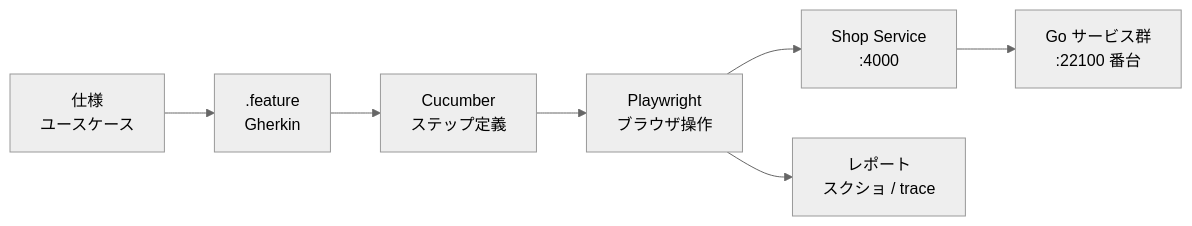
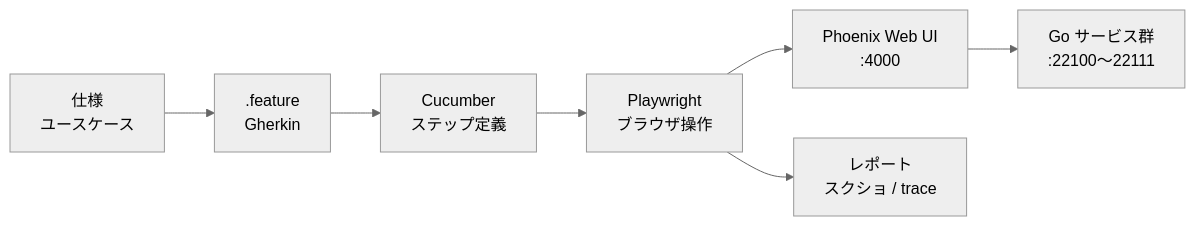
One commit to makoto-developer/gherkin-cucumber-playwright-app changed the diagram in README.md. Above: the diagram before and after it, drawn with Mermaid (neutral theme). The commit also changed other lines of this file and 1 other file, not shown here.

````diff
--- a/README.md
+++ b/README.md
@@ -121,9 +121,9 @@
 ```mermaid
 flowchart LR
     S["仕様<br/>ユースケース"] --> F[".feature<br/>Gherkin"]
     F --> C["Cucumber<br/>ステップ定義"]
     C --> P["Playwright<br/>ブラウザ操作"]
-    P --> W["Shop Service<br/>:4000"]
-    W --> M["Go サービス群<br/>:22100 番台"]
+    P --> W["Phoenix Web UI<br/>:4000"]
+    W --> M["Go サービス群<br/>:22100〜22111"]
     P --> R["レポート<br/>スクショ / trace"]
 ```
````
